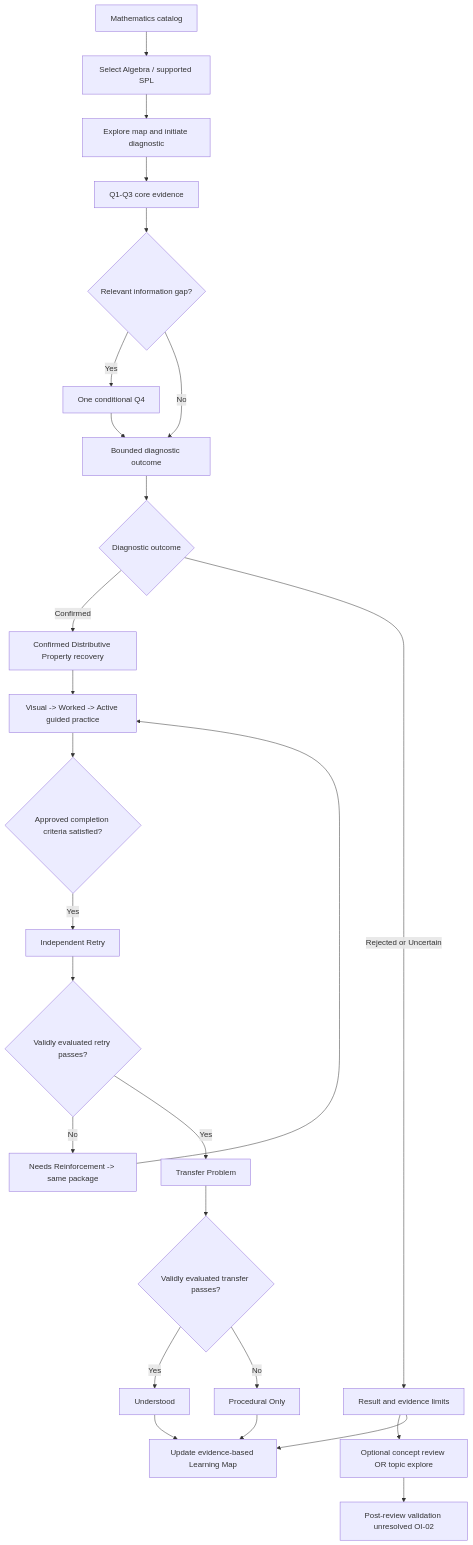
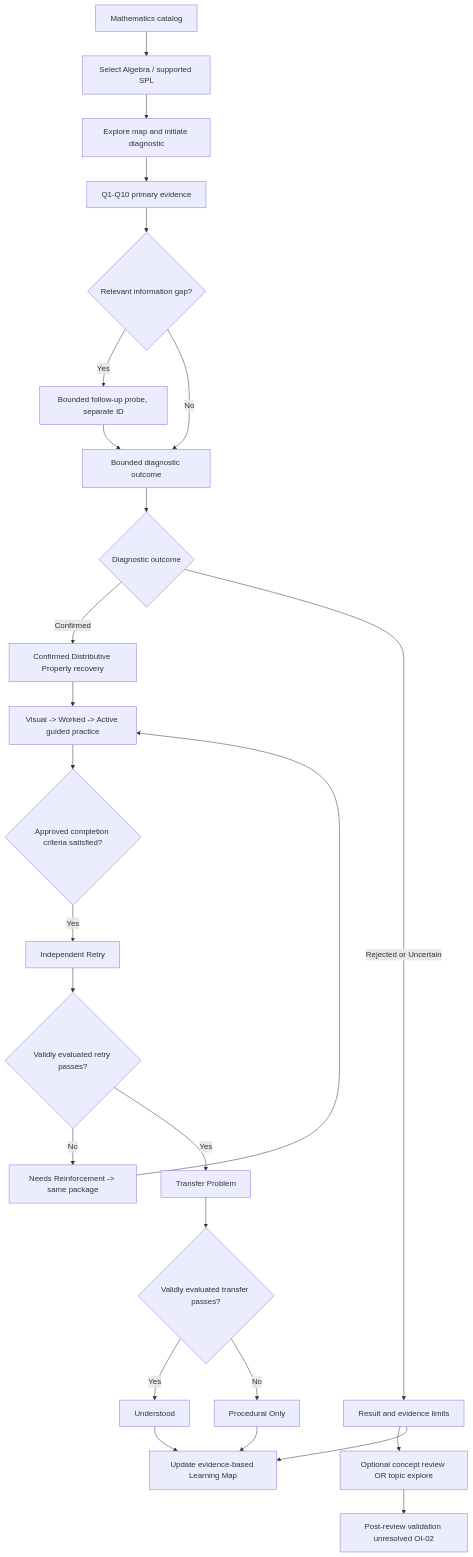
One commit to pisciva/Rethink changed the diagram in docs/prd/mvp-definition.md. Above: the diagram before and after it, drawn with Mermaid. The commit also changed other lines of this file and 35 other files, not shown here.

````diff
--- a/docs/prd/mvp-definition.md
+++ b/docs/prd/mvp-definition.md
@@ -136,28 +137,28 @@
 ```mermaid
 flowchart TD
     A[Mathematics catalog] --> B[Select Algebra / supported SPL]
     B --> C[Explore map and initiate diagnostic]
-    C --> D[Q1-Q3 core evidence]
+    C --> D[Q1-Q10 primary evidence]
     D --> E{Relevant information gap?}
-    E -- Yes --> F[One conditional Q4]
+    E -- Yes --> F[Bounded follow-up probe, separate ID]
     E -- No --> G[Bounded diagnostic outcome]
     F --> G
     G --> H{Diagnostic outcome}
     H -- Confirmed --> I[Confirmed Distributive Property recovery]
     H -- Rejected or Uncertain --> J[Result and evidence limits]
     J --> K[Optional concept review OR topic explore]
     I --> L[Visual -> Worked -> Active guided practice]
     L --> M{Approved completion criteria satisfied?}
     M -- Yes --> N[Independent Retry]
     N --> O{Validly evaluated retry passes?}
     O -- No --> P[Needs Reinforcement -> same package]
     O -- Yes --> Q[Transfer Problem]
     Q --> R{Validly evaluated transfer passes?}
     R -- Yes --> S[Understood]
     R -- No --> T[Procedural Only]
     P --> L
     S --> U[Update evidence-based Learning Map]
     T --> U
     J --> U
     K --> V[Post-review validation unresolved OI-02]
 ```
````
